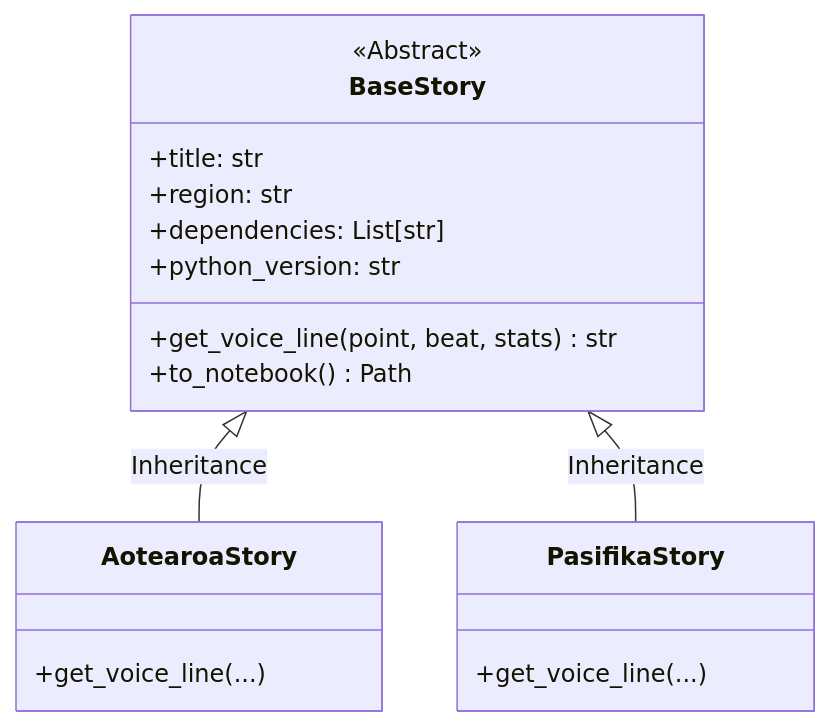
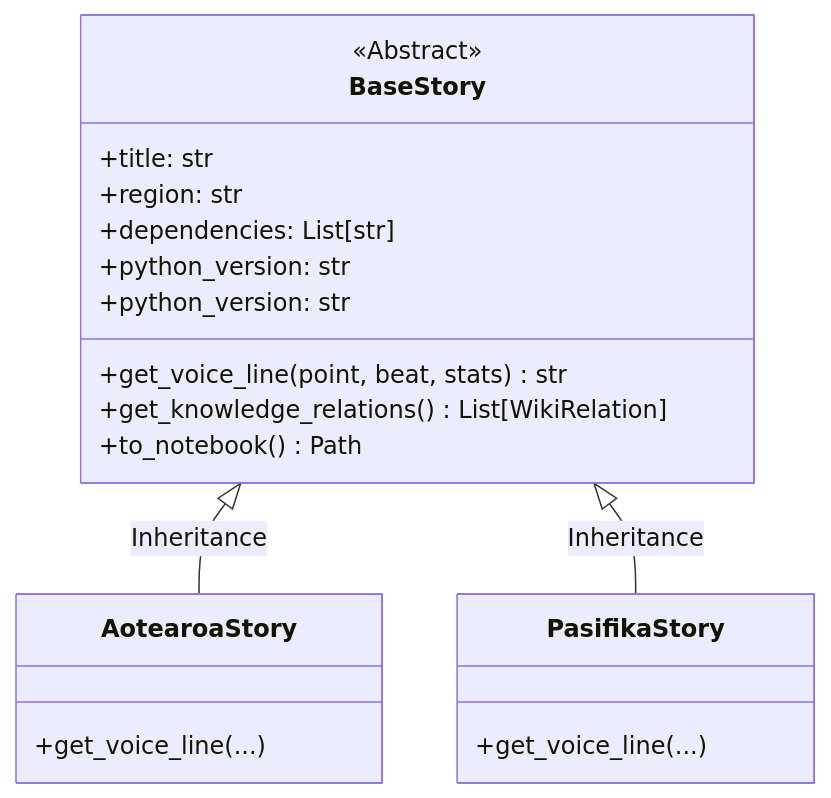
Before and after one commit to rvishravars/datum-ex-machina: the first of 2 diagrams in docs/rendering_pipeline.md, drawn with Mermaid. The commit also changed other lines of this file and 2 other files, not shown here.

Commit message:
docs: finalize knowledge discovery lld, readme, and developer guides

````diff
--- a/docs/rendering_pipeline.md
+++ b/docs/rendering_pipeline.md
@@ -9,23 +9,25 @@
 ```mermaid
 classDiagram
     class BaseStory {
         <<Abstract>>
         +title: str
         +region: str
         +dependencies: List[str]
         +python_version: str
+        +python_version: str
         +get_voice_line(point, beat, stats) str
+        +get_knowledge_relations() List[WikiRelation]
         +to_notebook() Path
     }
 
     class AotearoaStory {
         +get_voice_line(...) 
     }
 
     class PasifikaStory {
         +get_voice_line(...)
     }
 
     BaseStory <|-- AotearoaStory : Inheritance
     BaseStory <|-- PasifikaStory : Inheritance
 ```
````
